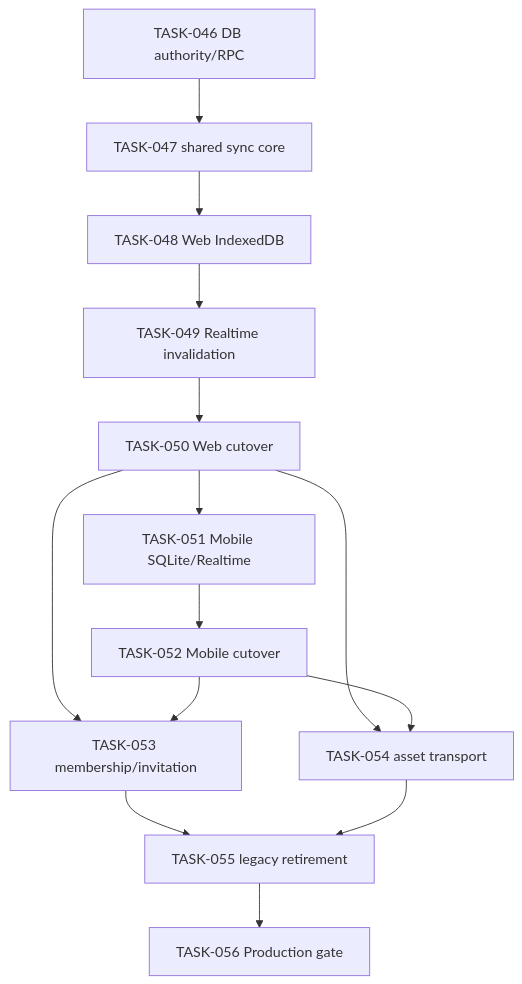
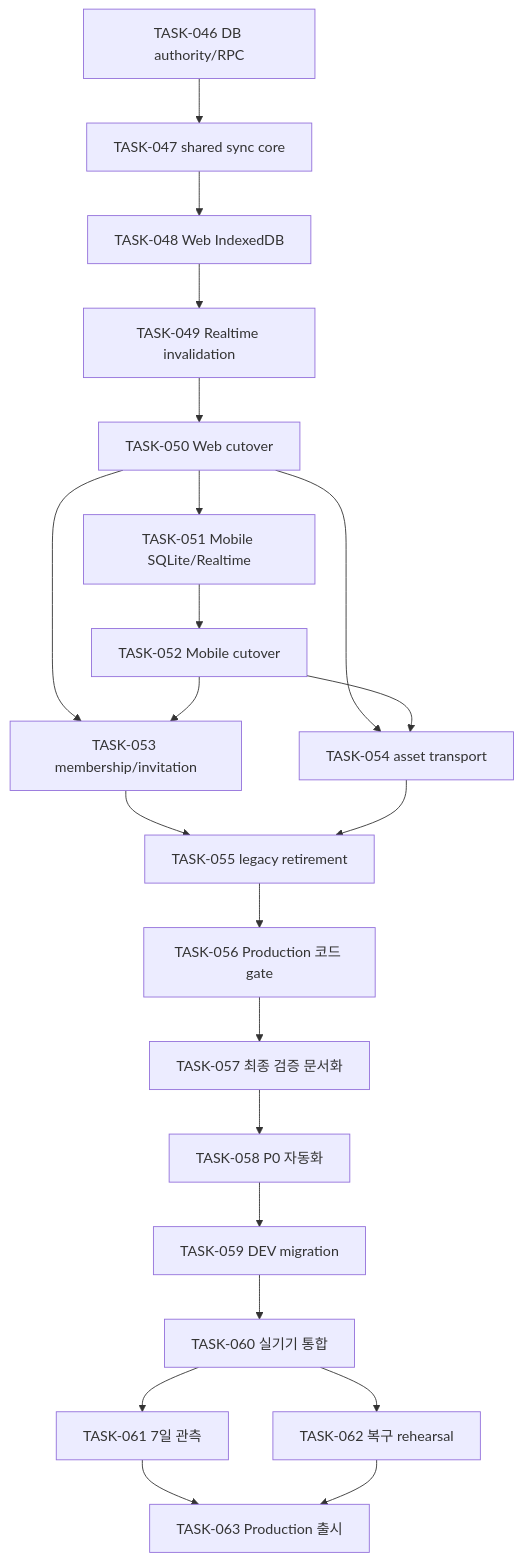
One commit to ysjee141/nexvoy-frontend changed the diagram in docs/refactor/tasks/README.md. Above: the diagram before and after it, drawn with Mermaid. The commit also changed other lines of this file and 17 other files, not shown here.

Commit message:
docs(TASK-057): define production final validation gates

````diff
--- a/docs/refactor/tasks/README.md
+++ b/docs/refactor/tasks/README.md
@@ -228,16 +245,24 @@
 ```mermaid
 flowchart TD
     T46["TASK-046 DB authority/RPC"] --> T47["TASK-047 shared sync core"]
     T47 --> T48["TASK-048 Web IndexedDB"]
     T48 --> T49["TASK-049 Realtime invalidation"]
     T49 --> T50["TASK-050 Web cutover"]
     T50 --> T51["TASK-051 Mobile SQLite/Realtime"]
     T51 --> T52["TASK-052 Mobile cutover"]
     T50 --> T53["TASK-053 membership/invitation"]
     T52 --> T53
     T50 --> T54["TASK-054 asset transport"]
     T52 --> T54
     T53 --> T55["TASK-055 legacy retirement"]
     T54 --> T55
-    T55 --> T56["TASK-056 Production gate"]
+    T55 --> T56["TASK-056 Production 코드 gate"]
+    T56 --> T57["TASK-057 최종 검증 문서화"]
+    T57 --> T58["TASK-058 P0 자동화"]
+    T58 --> T59["TASK-059 DEV migration"]
+    T59 --> T60["TASK-060 실기기 통합"]
+    T60 --> T61["TASK-061 7일 관측"]
+    T60 --> T62["TASK-062 복구 rehearsal"]
+    T61 --> T63["TASK-063 Production 출시"]
+    T62 --> T63
 ```
````
